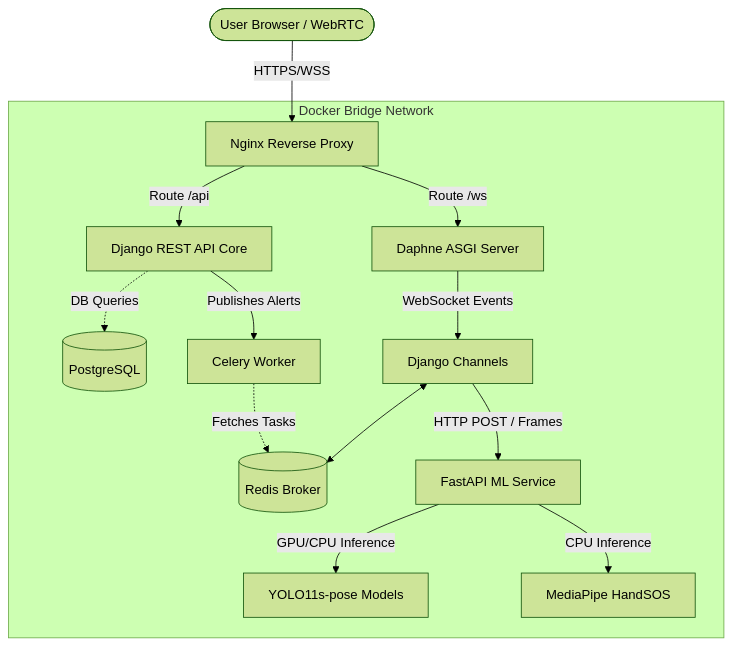
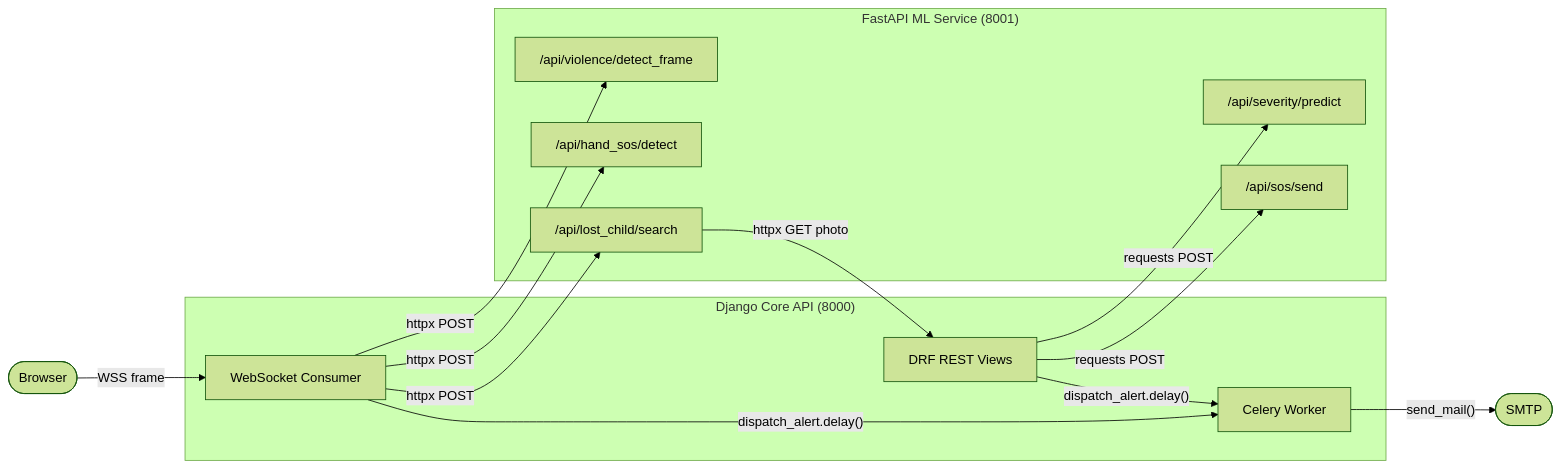
The third of 4 diagrams in migration_doc.md (nathanmendis/carevault-tensortitans), drawn with Mermaid (forest theme) before and after one commit. The commit also changed other lines of this file and 29 other files, not shown here.

````diff
--- a/migration_doc.md
+++ b/migration_doc.md
@@ -79,22 +445,28 @@
 ```mermaid
-graph TD
-    User([User Browser / WebRTC]) -- HTTPS/WSS --> Nginx[Nginx Reverse Proxy]
-    
-    subgraph Docker Bridge Network
-        Nginx -- Route /api --> DjangoREST[Django REST API Core]
-        Nginx -- Route /ws --> Daphne[Daphne ASGI Server]
-        
-        DjangoREST -. DB Queries .-> Postgres[(PostgreSQL)]
-        
-        Daphne -- WebSocket Events --> Channels[Django Channels]
-        Channels <--> Redis[(Redis Broker)]
-        
-        Channels -- HTTP POST / Frames --> FastAPI[FastAPI ML Service]
-        
-        FastAPI -- GPU/CPU Inference --> YOLO[YOLO11s-pose Models]
-        FastAPI -- CPU Inference --> MediaPipe[MediaPipe HandSOS]
-        
-        DjangoREST -- Publishes Alerts --> Celery[Celery Worker]
-        Celery -. Fetches Tasks .-> Redis
+flowchart LR
+    subgraph Django ["Django Core API (8000)"]
+        WS[WebSocket Consumer]
+        REST[DRF REST Views]
+        CELERY[Celery Worker]
     end
+
+    subgraph FastAPI ["FastAPI ML Service (8001)"]
+        V["/api/violence/detect_frame"]
+        H["/api/hand_sos/detect"]
+        L["/api/lost_child/search"]
+        S["/api/severity/predict"]
+        SOS["/api/sos/send"]
+    end
+
+    Browser([Browser]) -- "WSS frame" --> WS
+    WS -- "httpx POST" --> V
+    WS -- "httpx POST" --> H
+    WS -- "httpx POST" --> L
+    REST -- "requests POST" --> S
+    REST -- "requests POST" --> SOS
+    L -- "httpx GET photo" --> REST
+
+    WS -- "dispatch_alert.delay()" --> CELERY
+    REST -- "dispatch_alert.delay()" --> CELERY
+    CELERY -- "send_mail()" --> SMTP([SMTP])
 ```
````
